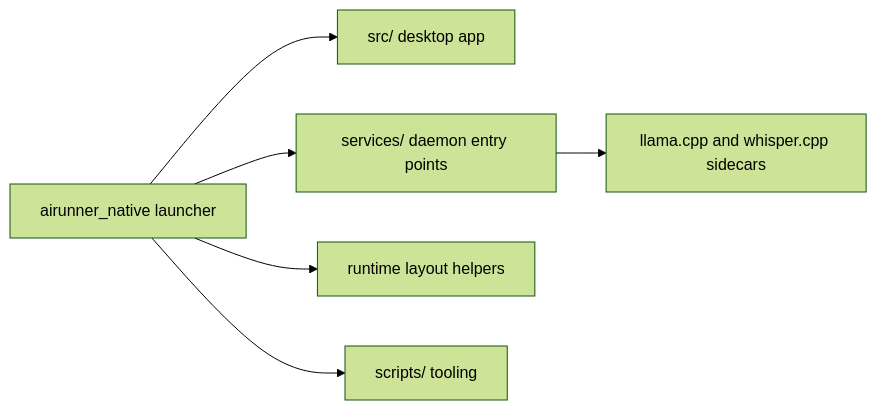
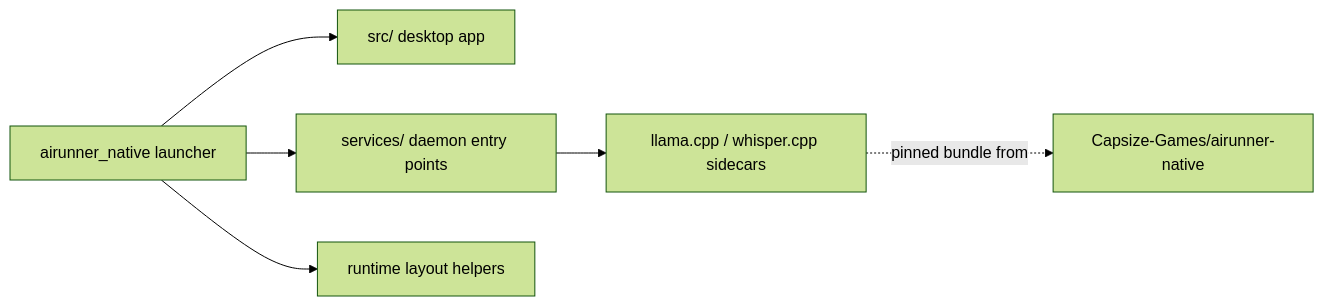
Before and after one commit to Capsize-Games/airunner: the diagram in native/README.md, drawn with Mermaid (forest theme). The commit also changed other lines of this file and 10 other files, not shown here.

````diff
--- a/native/README.md
+++ b/native/README.md
@@ -10,8 +18,8 @@
 ```mermaid
 flowchart LR
 	Python[airunner_native launcher] --> GUI[src/ desktop app]
 	Python --> Services[services/ daemon entry points]
-	Services --> Sidecars[llama.cpp and whisper.cpp sidecars]
+	Services --> Sidecars[llama.cpp / whisper.cpp sidecars]
+	Sidecars -.pinned bundle from.-> NativeRepo[Capsize-Games/airunner-native]
 	Python --> RuntimeLayout[runtime layout helpers]
-	Python --> Scripts[scripts/ tooling]
 ```
````
